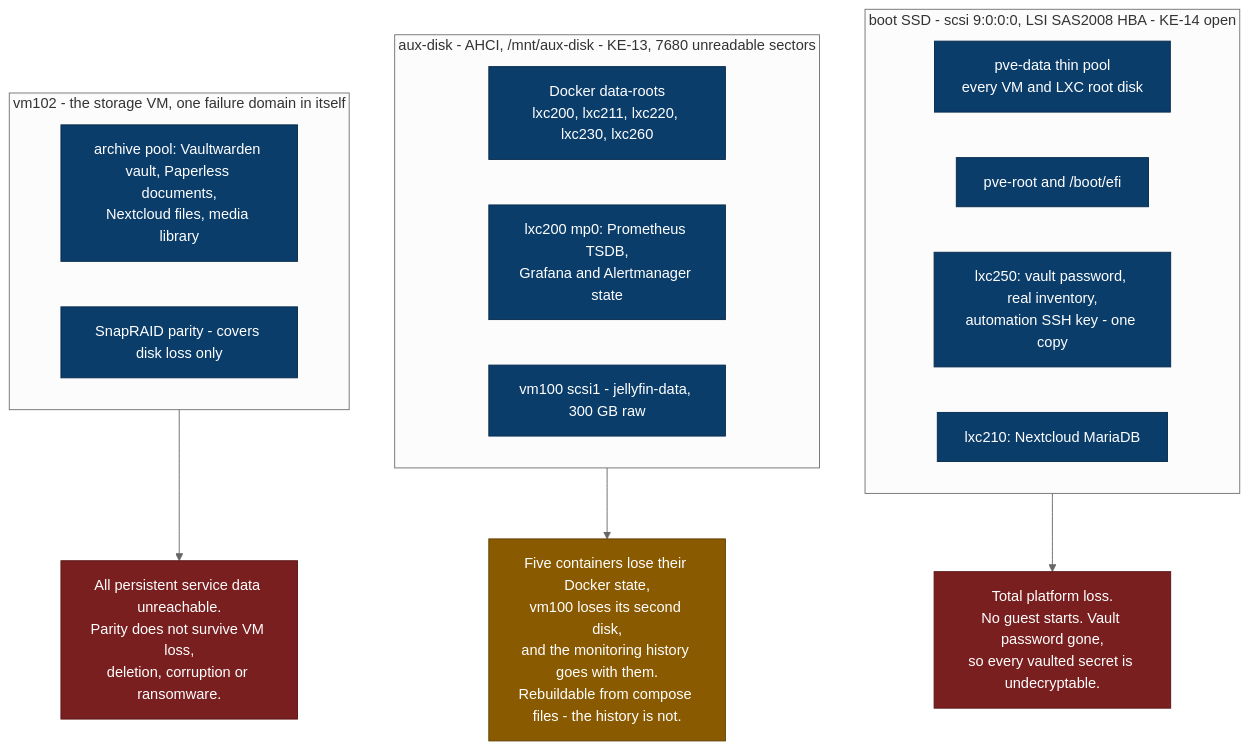
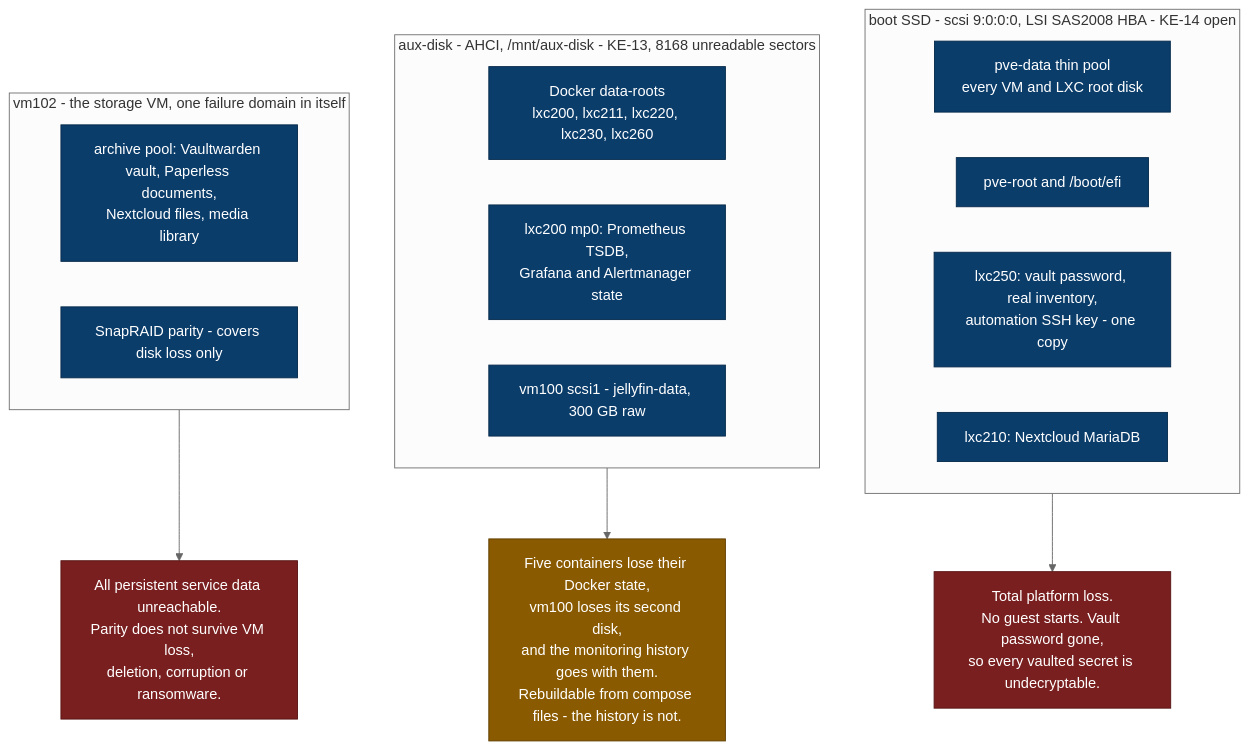
Before and after one commit to sohanreddyk/homelab-server-architecture: the diagram in docs/architecture/failure-domains.md, drawn with Mermaid (neutral theme). The commit also changed other lines of this file and 13 other files, not shown here.

````diff
--- a/docs/architecture/failure-domains.md
+++ b/docs/architecture/failure-domains.md
@@ -15,34 +15,34 @@
 ```mermaid
 flowchart TB
   accTitle: Failure domains of the platform
   accDescr: Boot SSD, aux-disk and vm102 as three failure domains, with what each carries and what its loss causes.
 
   subgraph boot["boot SSD - scsi 9:0:0:0, LSI SAS2008 HBA - KE-14 open"]
     ROOTS["pve-data thin pool<br/>every VM and LXC root disk"]
     PVEROOT["pve-root and /boot/efi"]
     SECRETS["lxc250: vault password, real inventory,<br/>automation SSH key - one copy"]
     NCDB["lxc210: Nextcloud MariaDB"]
   end
 
-  subgraph auxd["aux-disk - AHCI, /mnt/aux-disk - KE-13, 7680 unreadable sectors"]
+  subgraph auxd["aux-disk - AHCI, /mnt/aux-disk - KE-13, 8168 unreadable sectors"]
     DROOTS["Docker data-roots<br/>lxc200, lxc211, lxc220, lxc230, lxc260"]
     MONDATA["lxc200 mp0: Prometheus TSDB,<br/>Grafana and Alertmanager state"]
     JELLY["vm100 scsi1 - jellyfin-data, 300 GB raw"]
   end
 
   subgraph storagevm["vm102 - the storage VM, one failure domain in itself"]
     ARCHIVE["archive pool: Vaultwarden vault, Paperless documents,<br/>Nextcloud files, media library"]
     PARITY["SnapRAID parity - covers disk loss only"]
   end
 
   boot --> L1["Total platform loss.<br/>No guest starts. Vault password gone,<br/>so every vaulted secret is undecryptable."]
   auxd --> L2["Five containers lose their Docker state,<br/>vm100 loses its second disk,<br/>and the monitoring history goes with them.<br/>Rebuildable from compose files - the history is not."]
   storagevm --> L3["All persistent service data unreachable.<br/>Parity does not survive VM loss,<br/>deletion, corruption or ransomware."]
 
   classDef sick fill:#7a1f1f,stroke:#571414,color:#ffffff
   classDef warn fill:#8a5a00,stroke:#5f3e00,color:#ffffff
   classDef content fill:#0b3d6b,stroke:#062a4b,color:#ffffff
   class L1,L3 sick
   class L2 warn
   class ROOTS,PVEROOT,SECRETS,NCDB,DROOTS,MONDATA,JELLY,ARCHIVE,PARITY content
 ```
````
